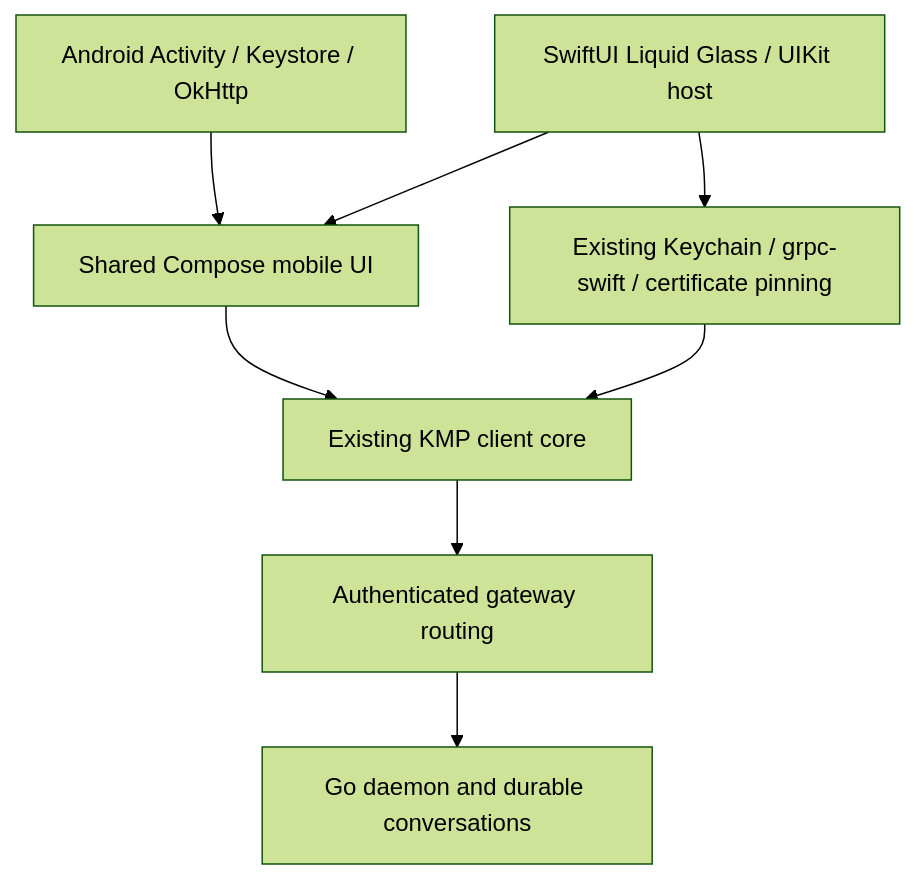
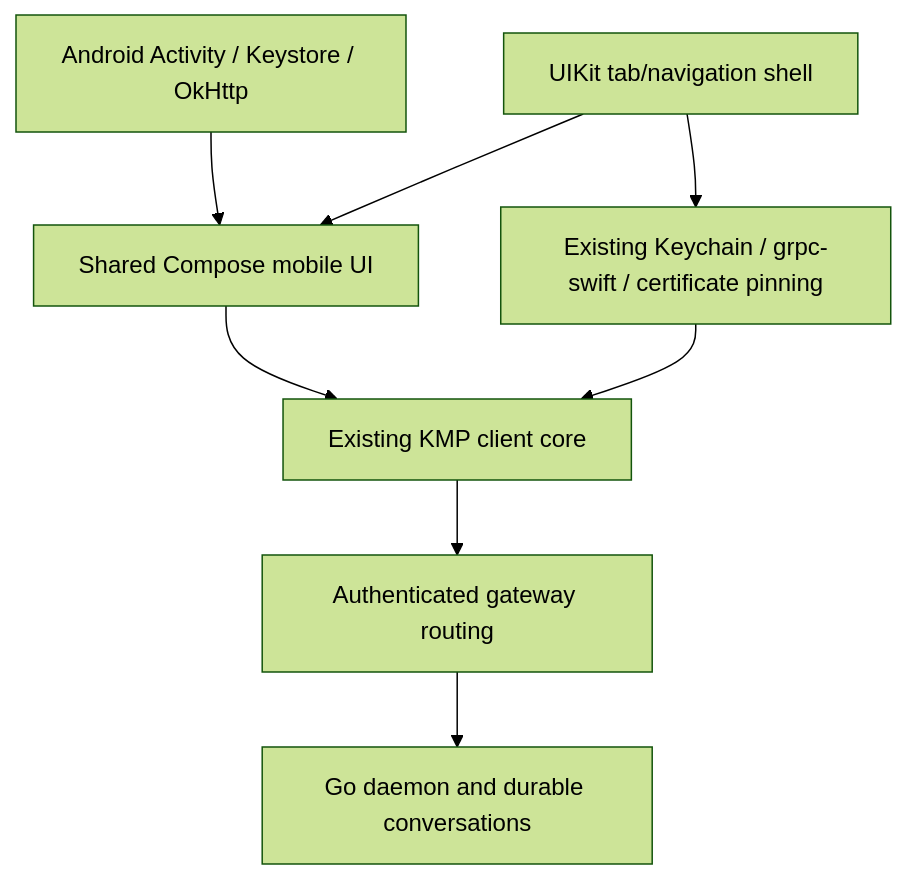
The diagram in apps/mobile/README.md (dbpprt/dieter), drawn with Mermaid (forest theme) before and after one commit. The commit also changed other lines of this file and 157 other files, not shown here.

````diff
--- a/apps/mobile/README.md
+++ b/apps/mobile/README.md
@@ -37,10 +48,10 @@
 ```mermaid
 flowchart TB
   A[Android Activity / Keystore / OkHttp] --> U[Shared Compose mobile UI]
-  I[SwiftUI Liquid Glass / UIKit host] --> U
+  I[UIKit tab/navigation shell] --> U
   U --> C[Existing KMP client core]
   I --> P[Existing Keychain / grpc-swift / certificate pinning]
   P --> C
   C --> G[Authenticated gateway routing]
   G --> D[Go daemon and durable conversations]
 ```
````
